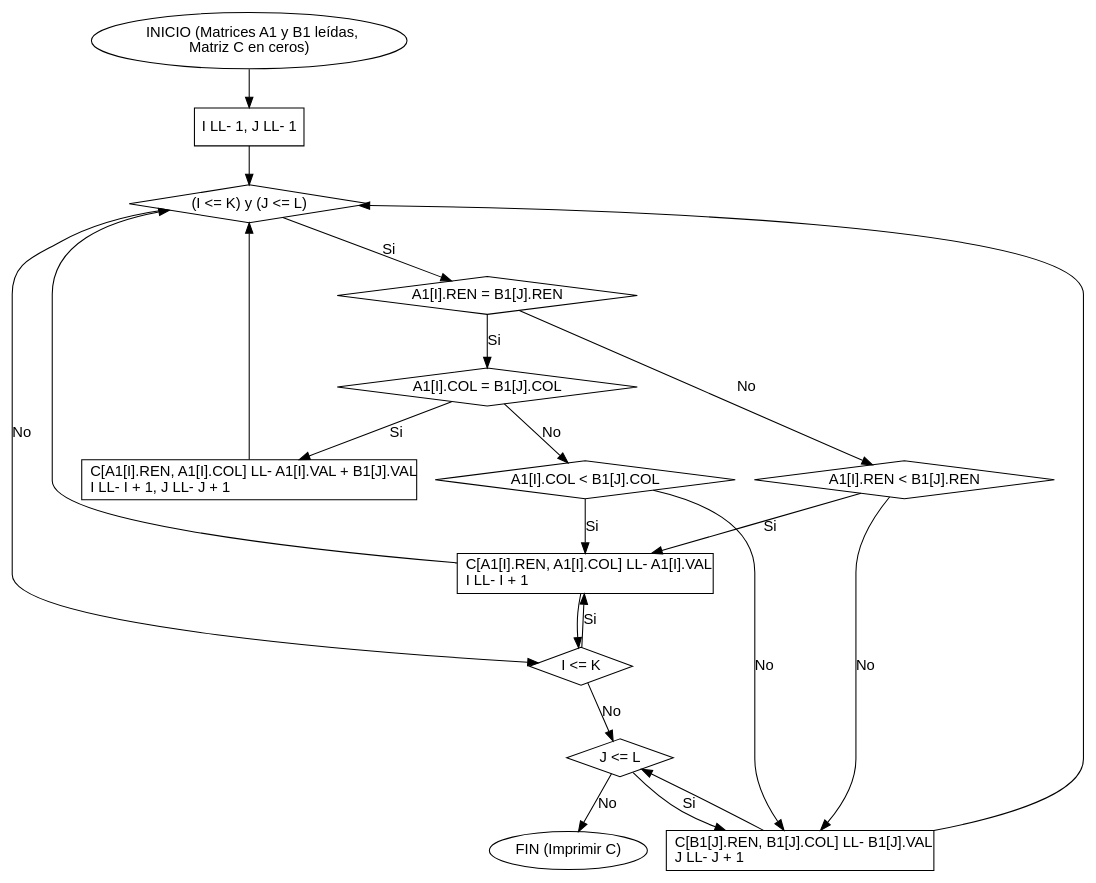
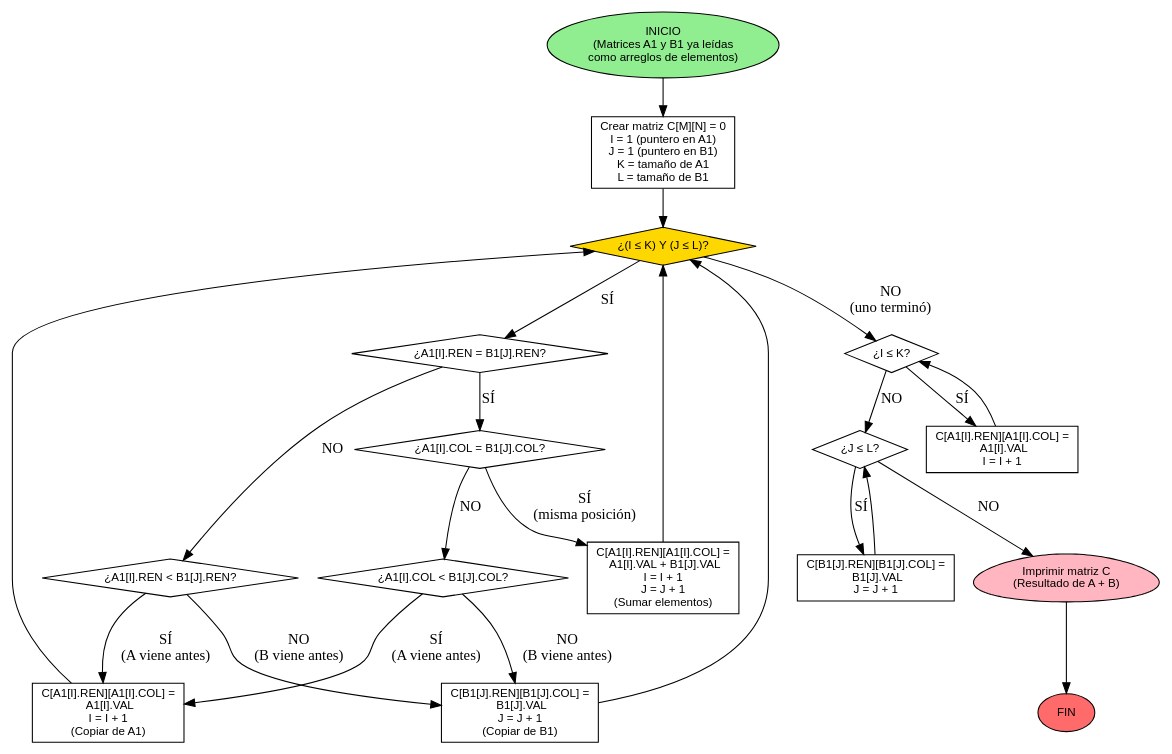
One commit to RosarioReyesMtz/java-tutor-tics changed the diagram in Diagramas/problema_5_1.dot. Above: the diagram before and after it, drawn with Graphviz. The commit also changed 40 other files, not shown here.

```diff
--- a/Diagramas/problema_5_1.dot
+++ b/Diagramas/problema_5_1.dot
@@ -1,50 +1,79 @@
-digraph Diagrama_5_1_Suma {
-    graph [fontname="Arial"];
-    node [fontname="Arial", shape=ellipse, style=solid];
-    edge [fontname="Arial"];
-
-    inicio [label="INICIO (Matrices A1 y B1 leídas,\l Matriz C en ceros)"];
-    fin [label="FIN (Imprimir C)"];
-
-    node [shape=rect, style=solid];
-    init_ptrs [label="I \L\L- 1, J \L\L- 1"];
-    proc_c_sum [label="C[A1[I].REN, A1[I].COL] \L\L- A1[I].VAL + B1[J].VAL\lI \L\L- I + 1, J \L\L- J + 1\l"];
-    proc_c_a [label="C[A1[I].REN, A1[I].COL] \L\L- A1[I].VAL\lI \L\L- I + 1\l"];
-    proc_c_b [label="C[B1[J].REN, B1[J].COL] \L\L- B1[J].VAL\lJ \L\L- J + 1\l"];
+digraph problema_5_1 {
+    // Configuración general
+    rankdir=TB;
+    node [fontname="Arial", fontsize=11];
     
-    node [shape=diamond, style=solid];
-    cond_main_loop [label="(I <= K) y (J <= L)"];
-    cond_ren [label="A1[I].REN = B1[J].REN"];
-    cond_col [label="A1[I].COL = B1[J].COL"];
-    cond_col_cmp [label="A1[I].COL < B1[J].COL"];
-    cond_ren_cmp [label="A1[I].REN < B1[J].REN"];
-    cond_resto_a [label="I <= K"];
-    cond_resto_b [label="J <= L"];
+    // Inicio
+    inicio [label="INICIO\n(Matrices A1 y B1 ya leídas\ncomo arreglos de elementos)", shape=ellipse, style=filled, fillcolor="#90EE90"];
     
-    inicio -> init_ptrs -> cond_main_loop;
+    // Inicialización
+    init [label="Crear matriz C[M][N] = 0\nI = 1 (puntero en A1)\nJ = 1 (puntero en B1)\nK = tamaño de A1\nL = tamaño de B1", shape=box];
     
-    cond_main_loop -> cond_ren [label="Si"];
-    cond_ren -> cond_col [label="Si"];
-    cond_col -> proc_c_sum [label="Si"];
-    proc_c_sum -> cond_main_loop;
+    // Ciclo principal
+    ciclo_principal [label="¿(I ≤ K) Y (J ≤ L)?", shape=diamond, style=filled, fillcolor="#FFD700"];
     
-    cond_col -> cond_col_cmp [label="No"];
-    cond_col_cmp -> proc_c_a [label="Si"];
-    proc_c_a -> cond_main_loop;
-    cond_col_cmp -> proc_c_b [label="No"];
-    proc_c_b -> cond_main_loop;
-
-    cond_ren -> cond_ren_cmp [label="No"];
-    cond_ren_cmp -> proc_c_a [label="Si"];
-    cond_ren_cmp -> proc_c_b [label="No"];
+    // Comparar renglones
+    comp_ren [label="¿A1[I].REN = B1[J].REN?", shape=diamond];
     
-    cond_main_loop -> cond_resto_a [label="No"];
-    cond_resto_a -> proc_c_a [label="Si"];
-    proc_c_a -> cond_resto_a;
+    // Si renglones iguales, comparar columnas
+    comp_col [label="¿A1[I].COL = B1[J].COL?", shape=diamond];
     
-    cond_resto_a -> cond_resto_b [label="No"];
-    cond_resto_b -> proc_c_b [label="Si"];
-    proc_c_b -> cond_resto_b;
+    // Misma posición: SUMAR
+    sumar [label="C[A1[I].REN][A1[I].COL] =\n  A1[I].VAL + B1[J].VAL\nI = I + 1\nJ = J + 1\n(Sumar elementos)", shape=box];
     
-    cond_resto_b -> fin [label="No"];
+    // Columnas diferentes
+    comp_col_menor [label="¿A1[I].COL < B1[J].COL?", shape=diamond];
+    copiar_a [label="C[A1[I].REN][A1[I].COL] =\n  A1[I].VAL\nI = I + 1\n(Copiar de A1)", shape=box];
+    copiar_b [label="C[B1[J].REN][B1[J].COL] =\n  B1[J].VAL\nJ = J + 1\n(Copiar de B1)", shape=box];
+    
+    // Renglones diferentes
+    comp_ren_menor [label="¿A1[I].REN < B1[J].REN?", shape=diamond];
+    
+    // Copiar resto de A1
+    ciclo_resto_a [label="¿I ≤ K?", shape=diamond];
+    copiar_resto_a [label="C[A1[I].REN][A1[I].COL] =\n  A1[I].VAL\nI = I + 1", shape=box];
+    
+    // Copiar resto de B1
+    ciclo_resto_b [label="¿J ≤ L?", shape=diamond];
+    copiar_resto_b [label="C[B1[J].REN][B1[J].COL] =\n  B1[J].VAL\nJ = J + 1", shape=box];
+    
+    // Salida
+    salida [label="Imprimir matriz C\n(Resultado de A + B)", shape=egg, style=filled, fillcolor="#FFB6C1"];
+    
+    // Fin
+    fin [label="FIN", shape=ellipse, style=filled, fillcolor="#FF6B6B"];
+    
+    // Conexiones
+    inicio -> init;
+    init -> ciclo_principal;
+    
+    ciclo_principal -> comp_ren [label="SÍ"];
+    
+    // Renglones iguales
+    comp_ren -> comp_col [label="SÍ"];
+    comp_col -> sumar [label="SÍ\n(misma posición)"];
+    sumar -> ciclo_principal;
+    
+    comp_col -> comp_col_menor [label="NO"];
+    comp_col_menor -> copiar_a [label="SÍ\n(A viene antes)"];
+    comp_col_menor -> copiar_b [label="NO\n(B viene antes)"];
+    copiar_a -> ciclo_principal;
+    copiar_b -> ciclo_principal;
+    
+    // Renglones diferentes
+    comp_ren -> comp_ren_menor [label="NO"];
+    comp_ren_menor -> copiar_a [label="SÍ\n(A viene antes)"];
+    comp_ren_menor -> copiar_b [label="NO\n(B viene antes)"];
+    
+    // Resto de elementos
+    ciclo_principal -> ciclo_resto_a [label="NO\n(uno terminó)"];
+    ciclo_resto_a -> copiar_resto_a [label="SÍ"];
+    copiar_resto_a -> ciclo_resto_a;
+    
+    ciclo_resto_a -> ciclo_resto_b [label="NO"];
+    ciclo_resto_b -> copiar_resto_b [label="SÍ"];
+    copiar_resto_b -> ciclo_resto_b;
+    
+    ciclo_resto_b -> salida [label="NO"];
+    salida -> fin;
 }
```
